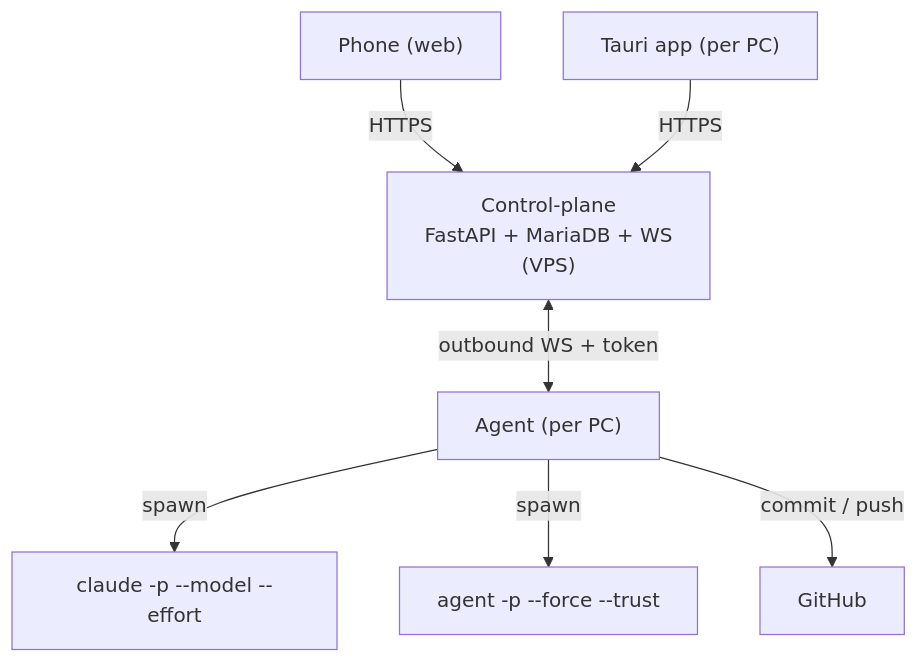
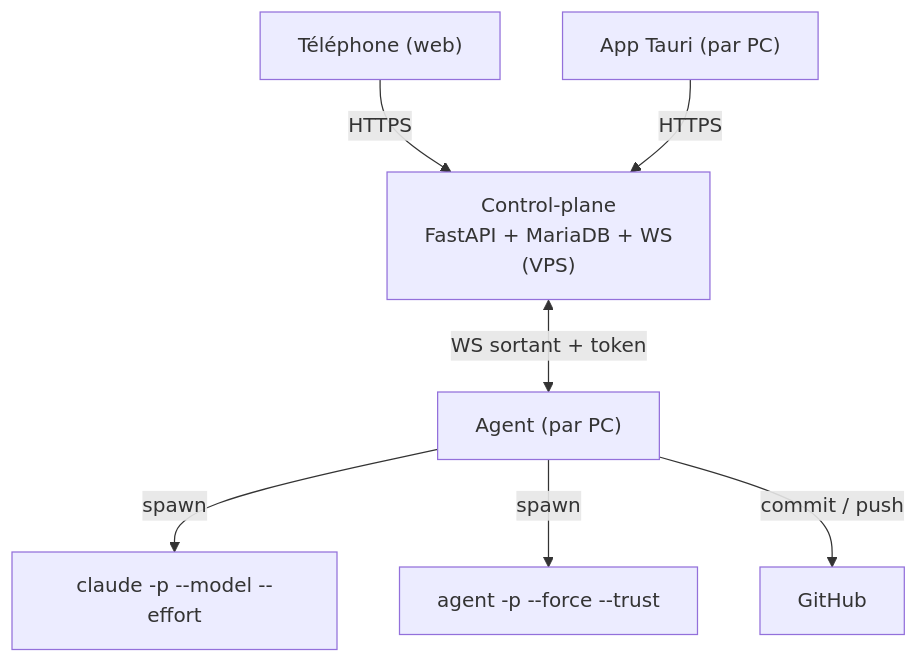
The diagram in README.md (Leoglme/nightforge), drawn with Mermaid before and after one commit. The commit also changed other lines of this file and 32 other files, not shown here.

````diff
--- a/README.md
+++ b/README.md
@@ -33,10 +96,10 @@
 ```mermaid
 graph TD
-  Phone["Phone (web)"] -->|HTTPS| CP
-  Desktop["Tauri app (per PC)"] -->|HTTPS| CP
+  Phone["Téléphone (web)"] -->|HTTPS| CP
+  Desktop["App Tauri (par PC)"] -->|HTTPS| CP
   CP["Control-plane<br/>FastAPI + MariaDB + WS<br/>(VPS)"]
-  CP <-->|outbound WS + token| Agent["Agent (per PC)"]
+  CP <-->|WS sortant + token| Agent["Agent (par PC)"]
   Agent -->|spawn| Claude["claude -p --model --effort"]
   Agent -->|spawn| Cursor["agent -p --force --trust"]
   Agent -->|commit / push| GH["GitHub"]
 ```
````
